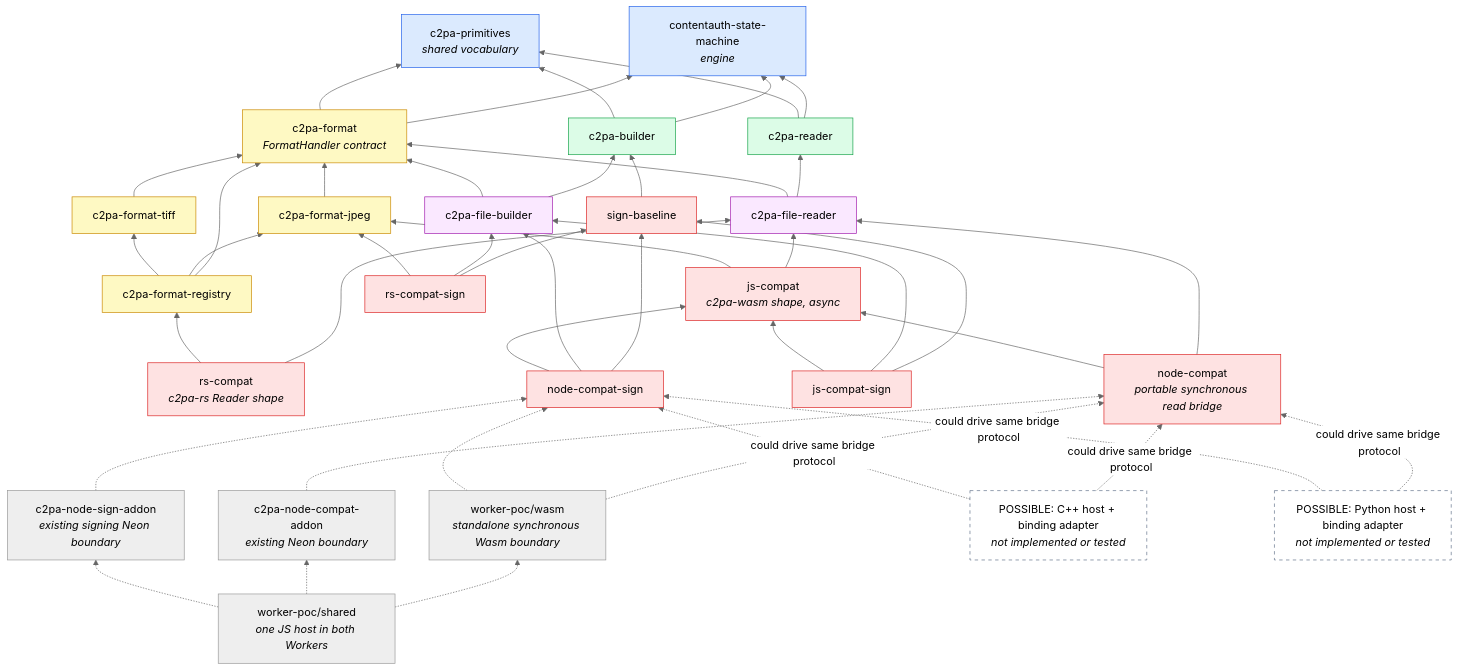
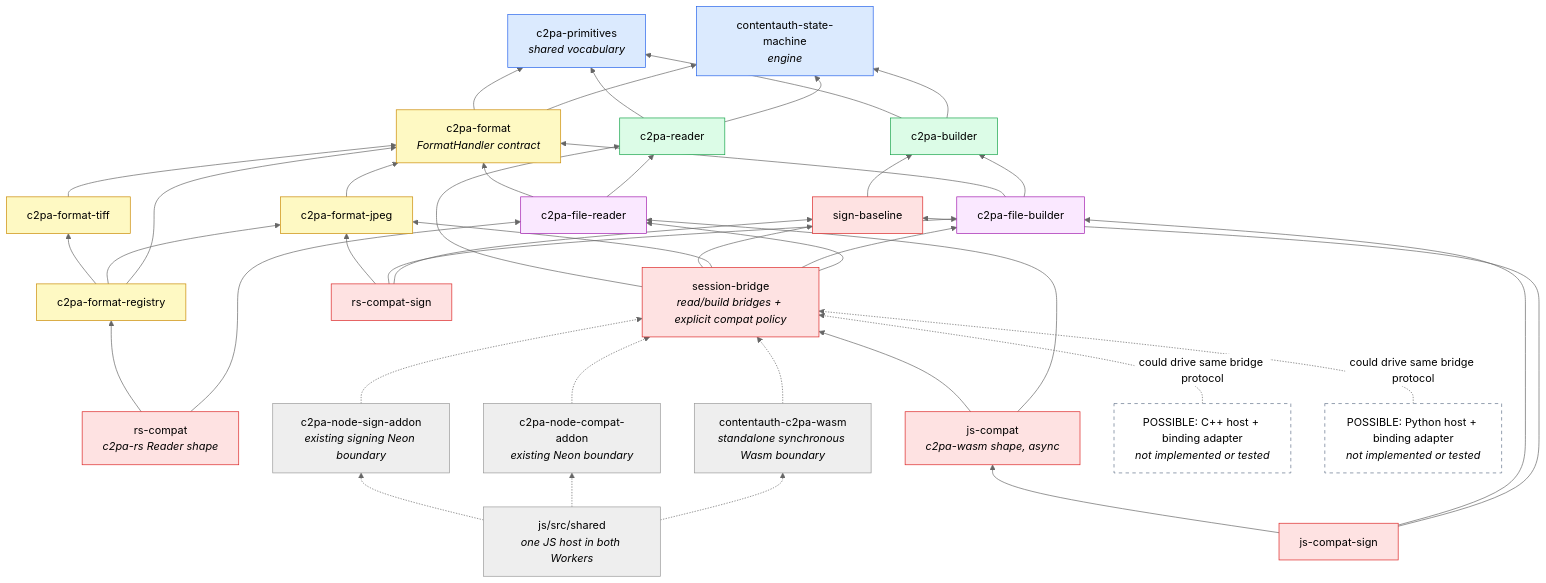
One commit to scouten/state-machine-experiment changed the first of 2 diagrams in docs/walkthrough/02-architecture.md. Above: the diagram before and after it, drawn with Mermaid (neutral theme). The commit also changed other lines of this file and 100 other files, not shown here.

First line of the commit message:
Promote shared JavaScript host and extract neutral session bridges

````diff
--- a/docs/walkthrough/02-architecture.md
+++ b/docs/walkthrough/02-architecture.md
@@ -14,66 +14,64 @@
 ```mermaid
 flowchart BT
     SM["contentauth-state-machine<br/><i>engine</i>"]
     PR["c2pa-primitives<br/><i>shared vocabulary</i>"]
 
     RD["c2pa-reader"]
     BD["c2pa-builder"]
     FM["c2pa-format<br/><i>FormatHandler contract</i>"]
 
     JP["c2pa-format-jpeg"]
     TF["c2pa-format-tiff"]
     RG["c2pa-format-registry"]
 
     FR["c2pa-file-reader"]
     FB["c2pa-file-builder"]
 
     RSC["rs-compat<br/><i>c2pa-rs Reader shape</i>"]
     JSC["js-compat<br/><i>c2pa-wasm shape, async</i>"]
-    NDC["node-compat<br/><i>portable synchronous read bridge</i>"]
+    BR["session-bridge<br/><i>read/build bridges + explicit compat policy</i>"]
 
     SB["sign-baseline"]
     RSS["rs-compat-sign"]
     JSS["js-compat-sign"]
-    NDS["node-compat-sign"]
-    POC["worker-poc/shared<br/><i>one JS host in both Workers</i>"]
-    PW["worker-poc/wasm<br/><i>standalone synchronous Wasm boundary</i>"]
+    HOST["js/src/shared<br/><i>one JS host in both Workers</i>"]
+    PW["contentauth-c2pa-wasm<br/><i>standalone synchronous Wasm boundary</i>"]
     PN["c2pa-node-compat-addon<br/><i>existing Neon boundary</i>"]
     PNS["c2pa-node-sign-addon<br/><i>existing signing Neon boundary</i>"]
     CPP["POSSIBLE: C++ host + binding adapter<br/><i>not implemented or tested</i>"]
     PY["POSSIBLE: Python host + binding adapter<br/><i>not implemented or tested</i>"]
 
     RD --> SM & PR
     BD --> SM & PR
     FM --> SM & PR
     JP --> FM
     TF --> FM
     RG --> FM & JP & TF
     FR --> RD & FM
     FB --> BD & FM
     RSC --> FR & RG
-    JSC --> FR & JP
-    NDC --> FR & JSC
+    JSC --> FR & BR
+    BR --> FR & FB & JP & SB & RD
     SB --> BD
     RSS --> SB & FB & JP
     JSS --> SB & FB & JSC
-    NDS --> SB & FB & JSC
-    POC -.-> PW & PN & PNS
-    PW -.-> NDC & NDS
-    PN -.-> NDC
-    PNS -.-> NDS
-    CPP -.->|"could drive same bridge protocol"| NDC & NDS
-    PY -.->|"could drive same bridge protocol"| NDC & NDS
+    HOST -.-> PW & PN & PNS
+    PW -.-> BR
+    PN -.-> BR
+    PNS -.-> BR
+    CPP -.->|"could drive same bridge protocol"| BR
+    PY -.->|"could drive same bridge protocol"| BR
 
     classDef engine fill:#dbeafe,stroke:#2563eb,color:#000
     classDef core fill:#dcfce7,stroke:#16a34a,color:#000
     classDef fmt fill:#fef9c3,stroke:#ca8a04,color:#000
     classDef glue fill:#fae8ff,stroke:#a21caf,color:#000
     classDef bind fill:#fee2e2,stroke:#dc2626,color:#000
     classDef proposed fill:#fff,stroke:#64748b,stroke-dasharray:5 5,color:#000
     class SM,PR engine
     class RD,BD core
     class FM,JP,TF,RG fmt
     class FR,FB glue
-    class RSC,JSC,NDC,SB,RSS,JSS,NDS bind
+    class RSC,JSC,BR,SB,RSS,JSS bind
     class CPP,PY proposed
 ```
````
